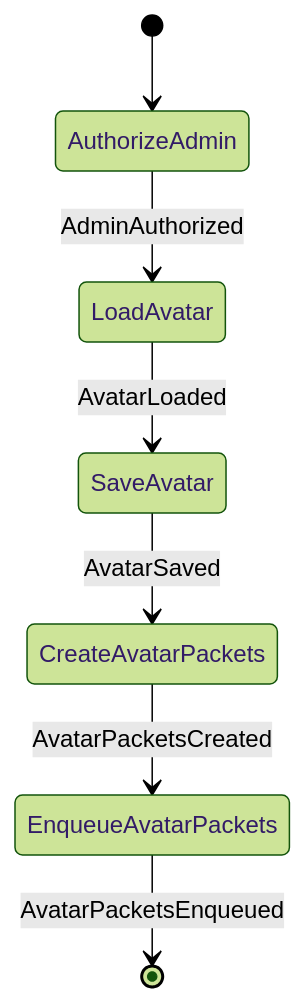
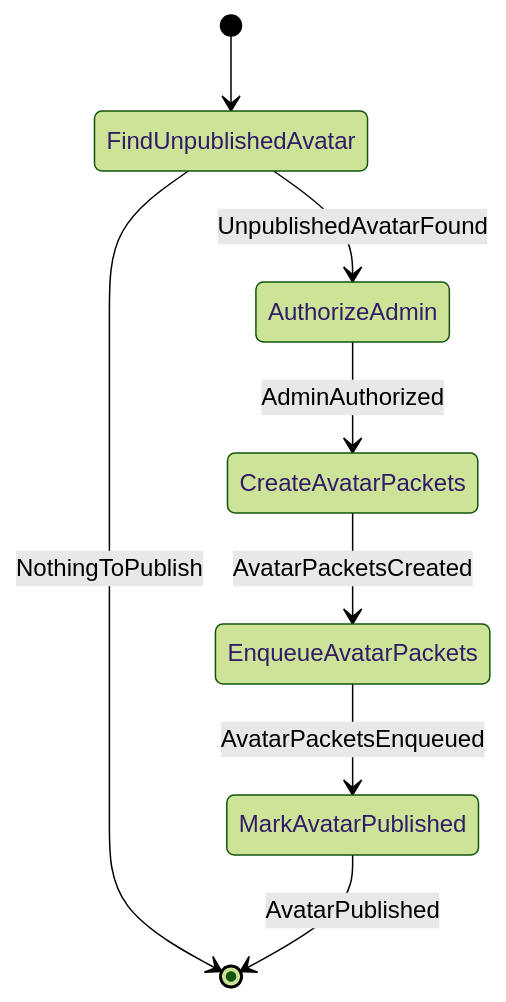
Before and after one commit to cbgm/Sparrow: the ninth of 19 diagrams in docs/architecture/workflows/groupstate.md, drawn with Mermaid (forest theme). The commit also changed other lines of this file and 377 other files, not shown here.

````diff
--- a/docs/architecture/workflows/groupstate.md
+++ b/docs/architecture/workflows/groupstate.md
@@ -207,9 +235,10 @@
 ```mermaid
 stateDiagram-v2
-    [*] --> AuthorizeAdmin
-    AuthorizeAdmin --> LoadAvatar : AdminAuthorized
-    LoadAvatar --> SaveAvatar : AvatarLoaded
-    SaveAvatar --> CreateAvatarPackets : AvatarSaved
+    [*] --> FindUnpublishedAvatar
+    FindUnpublishedAvatar --> [*] : NothingToPublish
+    FindUnpublishedAvatar --> AuthorizeAdmin : UnpublishedAvatarFound
+    AuthorizeAdmin --> CreateAvatarPackets : AdminAuthorized
     CreateAvatarPackets --> EnqueueAvatarPackets : AvatarPacketsCreated
-    EnqueueAvatarPackets --> [*] : AvatarPacketsEnqueued
+    EnqueueAvatarPackets --> MarkAvatarPublished : AvatarPacketsEnqueued
+    MarkAvatarPublished --> [*] : AvatarPublished
 ```
````
